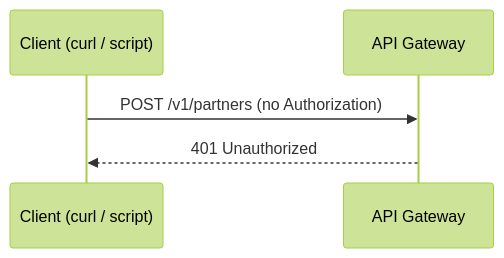
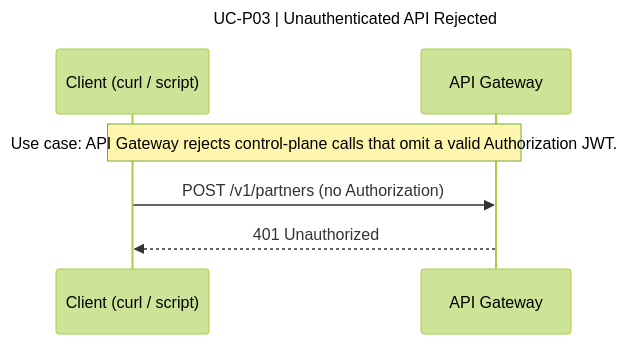
The fourth of 31 diagrams in docs/SEQUENCE_DIAGRAMS.md (bayareala8s/BayRelayAI), drawn with Mermaid (forest theme) before and after one commit. The commit also changed other lines of this file and 68 other files, not shown here.

First line of the commit message:
Add title and use-case labels to all sequence diagrams.

````diff
--- a/docs/SEQUENCE_DIAGRAMS.md
+++ b/docs/SEQUENCE_DIAGRAMS.md
@@ -132,8 +151,12 @@
 ```mermaid
+---
+title: UC-P03 | Unauthenticated API Rejected
+---
 sequenceDiagram
   participant Client as Client (curl / script)
   participant APIGW as API Gateway
+  Note over Client,APIGW: Use case: API Gateway rejects control-plane calls that omit a valid Authorization JWT.
 
   Client->>APIGW: POST /v1/partners (no Authorization)
   APIGW-->>Client: 401 Unauthorized
 ```
````
